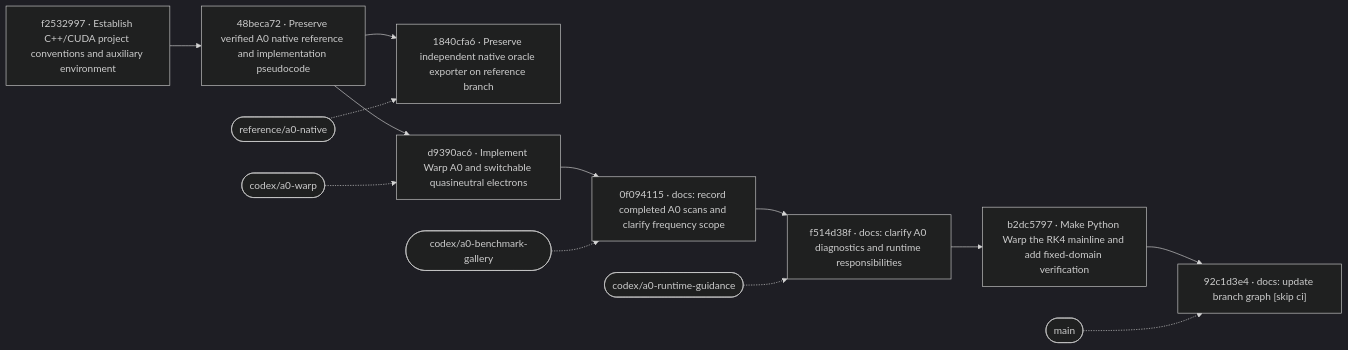
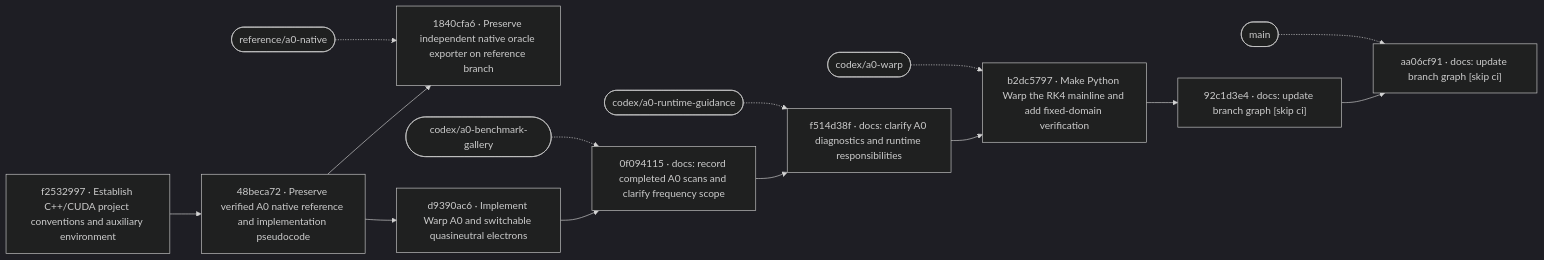
The diagram in docs/BRANCH_GRAPH.md (ziyu59151/fomhd), drawn with Mermaid (dark theme) before and after one commit. The commit also changed other lines of this file, not shown here.

Commit message:
docs: update branch graph [skip ci]

````diff
--- a/docs/BRANCH_GRAPH.md
+++ b/docs/BRANCH_GRAPH.md
@@ -12,31 +12,34 @@
 ```mermaid
 flowchart LR
   cf25329978364763a695bd185e986a6c0255f5df6["f2532997 · Establish C++/CUDA project conventions and auxiliary environment"]
   click cf25329978364763a695bd185e986a6c0255f5df6 "https://github.com/ziyu59151/fomhd/commit/f25329978364763a695bd185e986a6c0255f5df6"
   c48beca72d3b7260673d6a6823cbbd2b7fcb90581["48beca72 · Preserve verified A0 native reference and implementation pseudocode"]
   cf25329978364763a695bd185e986a6c0255f5df6 --> c48beca72d3b7260673d6a6823cbbd2b7fcb90581
   click c48beca72d3b7260673d6a6823cbbd2b7fcb90581 "https://github.com/ziyu59151/fomhd/commit/48beca72d3b7260673d6a6823cbbd2b7fcb90581"
   c1840cfa60e3b29401c9ea55a4ee8876351f582c1["1840cfa6 · Preserve independent native oracle exporter on reference branch"]
   c48beca72d3b7260673d6a6823cbbd2b7fcb90581 --> c1840cfa60e3b29401c9ea55a4ee8876351f582c1
   click c1840cfa60e3b29401c9ea55a4ee8876351f582c1 "https://github.com/ziyu59151/fomhd/commit/1840cfa60e3b29401c9ea55a4ee8876351f582c1"
   cd9390ac65657974a1cbf7819b9c79b35e2cecd03["d9390ac6 · Implement Warp A0 and switchable quasineutral electrons"]
   c48beca72d3b7260673d6a6823cbbd2b7fcb90581 --> cd9390ac65657974a1cbf7819b9c79b35e2cecd03
   click cd9390ac65657974a1cbf7819b9c79b35e2cecd03 "https://github.com/ziyu59151/fomhd/commit/d9390ac65657974a1cbf7819b9c79b35e2cecd03"
   c0f094115c385781c0356b333dc545539c2ed43d8["0f094115 · docs: record completed A0 scans and clarify frequency scope"]
   cd9390ac65657974a1cbf7819b9c79b35e2cecd03 --> c0f094115c385781c0356b333dc545539c2ed43d8
   click c0f094115c385781c0356b333dc545539c2ed43d8 "https://github.com/ziyu59151/fomhd/commit/0f094115c385781c0356b333dc545539c2ed43d8"
   cf514d38fd4f51a92ca93f68035896675b11dffe1["f514d38f · docs: clarify A0 diagnostics and runtime responsibilities"]
   c0f094115c385781c0356b333dc545539c2ed43d8 --> cf514d38fd4f51a92ca93f68035896675b11dffe1
   click cf514d38fd4f51a92ca93f68035896675b11dffe1 "https://github.com/ziyu59151/fomhd/commit/f514d38fd4f51a92ca93f68035896675b11dffe1"
   cb2dc5797fbe11ef32bb0e42d1b52a411591370e8["b2dc5797 · Make Python Warp the RK4 mainline and add fixed-domain verification"]
   cf514d38fd4f51a92ca93f68035896675b11dffe1 --> cb2dc5797fbe11ef32bb0e42d1b52a411591370e8
   click cb2dc5797fbe11ef32bb0e42d1b52a411591370e8 "https://github.com/ziyu59151/fomhd/commit/b2dc5797fbe11ef32bb0e42d1b52a411591370e8"
   c92c1d3e461424018ac85b1bc71deb5904caf838e["92c1d3e4 · docs: update branch graph [skip ci]"]
   cb2dc5797fbe11ef32bb0e42d1b52a411591370e8 --> c92c1d3e461424018ac85b1bc71deb5904caf838e
   click c92c1d3e461424018ac85b1bc71deb5904caf838e "https://github.com/ziyu59151/fomhd/commit/92c1d3e461424018ac85b1bc71deb5904caf838e"
+  caa06cf91b5a0255c31345989f660299822eec8ef["aa06cf91 · docs: update branch graph [skip ci]"]
+  c92c1d3e461424018ac85b1bc71deb5904caf838e --> caa06cf91b5a0255c31345989f660299822eec8ef
+  click caa06cf91b5a0255c31345989f660299822eec8ef "https://github.com/ziyu59151/fomhd/commit/aa06cf91b5a0255c31345989f660299822eec8ef"
   b0(["codex/a0-benchmark-gallery"]) -.-> c0f094115c385781c0356b333dc545539c2ed43d8
   b1(["codex/a0-runtime-guidance"]) -.-> cf514d38fd4f51a92ca93f68035896675b11dffe1
-  b2(["codex/a0-warp"]) -.-> cd9390ac65657974a1cbf7819b9c79b35e2cecd03
-  b3(["main"]) -.-> c92c1d3e461424018ac85b1bc71deb5904caf838e
+  b2(["codex/a0-warp"]) -.-> cb2dc5797fbe11ef32bb0e42d1b52a411591370e8
+  b3(["main"]) -.-> caa06cf91b5a0255c31345989f660299822eec8ef
   b4(["reference/a0-native"]) -.-> c1840cfa60e3b29401c9ea55a4ee8876351f582c1
 ```
````
